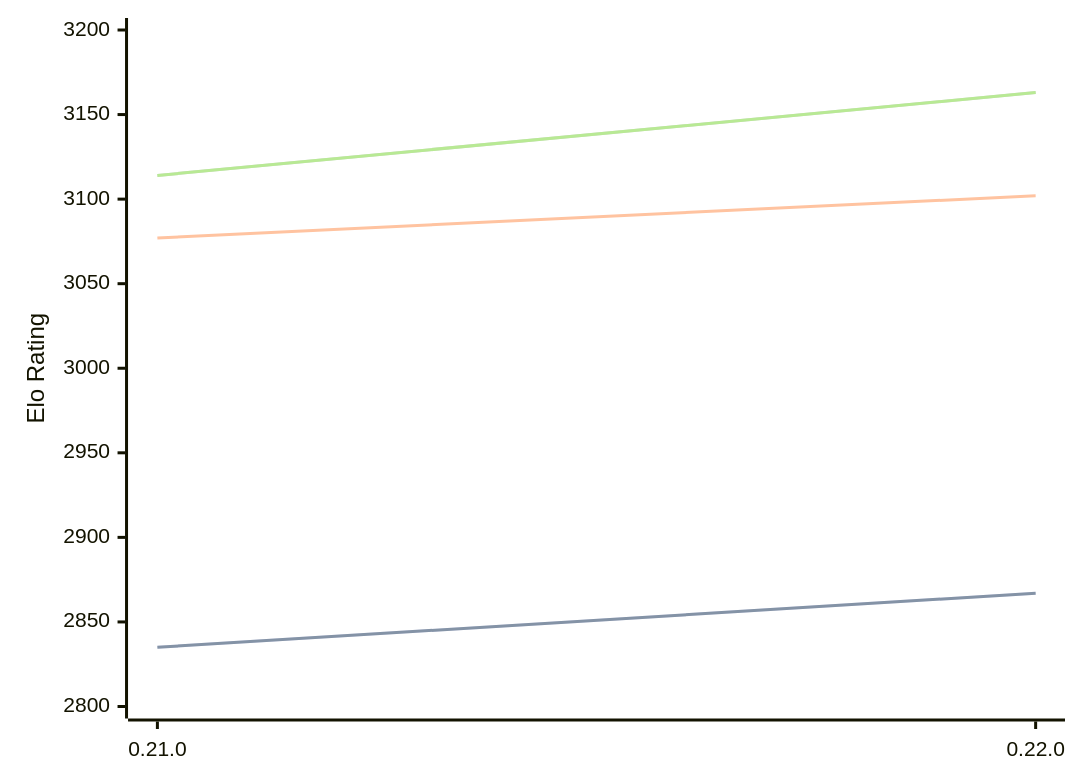
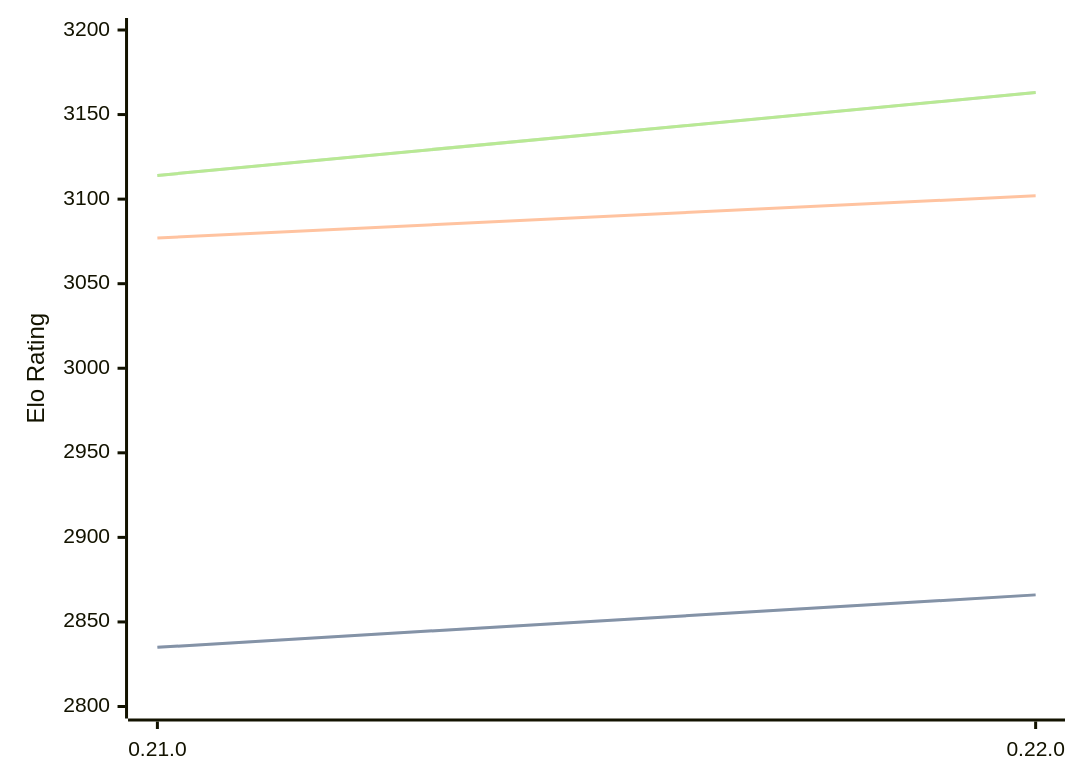
One commit to computer-chess-index/cci changed the diagram in engines/Princhess.md. Above: the diagram before and after it, drawn with Mermaid. The commit also changed other lines of this file, not shown here.

````diff
--- a/engines/Princhess.md
+++ b/engines/Princhess.md
@@ -32,11 +32,11 @@
 ```mermaid
 %%{init: {"theme":"base","themeVariables":{"seriesColors:['#a3a3a3','#222221','#faa371']}}}%%
 xychart-beta
   x-axis ["0.21.0", "0.22.0"]
   y-axis "Elo Rating" 2800 --> 3200
-  line "" [2835, 2867]
-  line "STC (8.0+0.08s)" [2835, 2867]
+  line "" [2835, 2866]
+  line "STC (8.0+0.08s)" [2835, 2866]
   line "LTC (60.0+0.60s)" [3077, 3102]
   line "" [3114, 3163]
   line "VLTC (2m24s+1.12s)" [3114, 3163]
 ```
````
